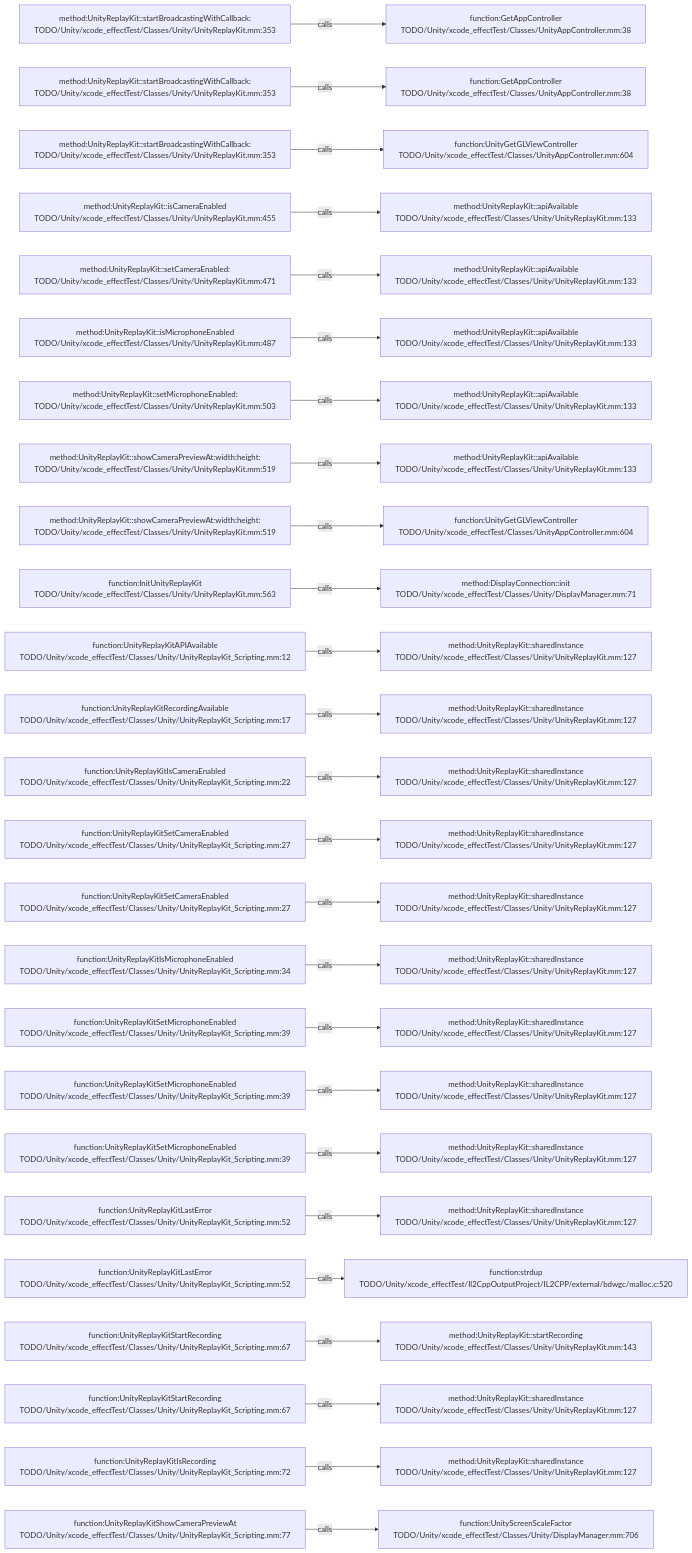
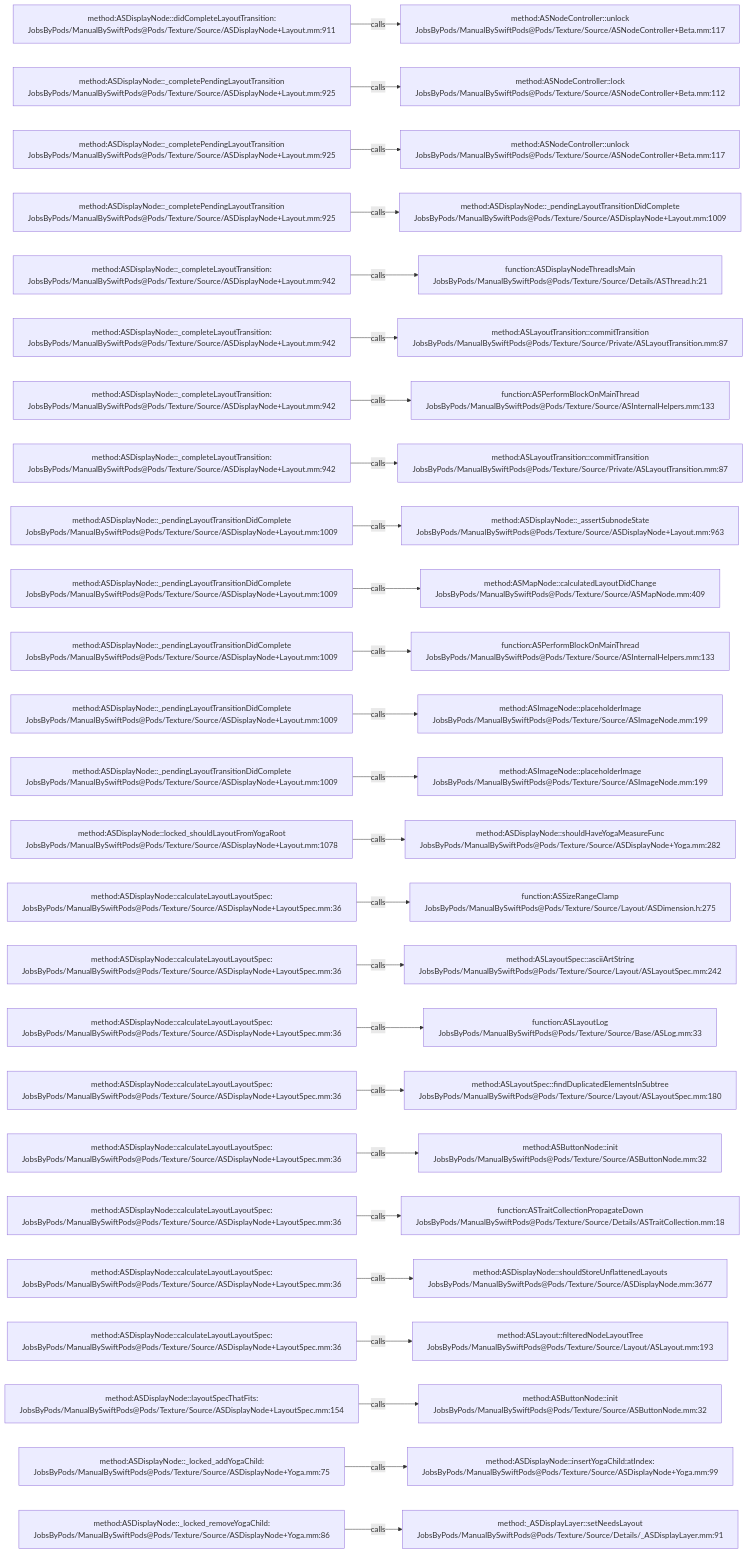
One commit to JobsKits/JobsSwiftBaseConfigDemo changed the diagram in .codegraph/codegraph.md/graphs/calls-043.md. Above: the diagram before and after it, drawn with Mermaid. The commit also changed 2959 other files, not shown here.

````diff
--- a/.codegraph/codegraph.md/graphs/calls-043.md
+++ b/.codegraph/codegraph.md/graphs/calls-043.md
@@ -13,78 +13,78 @@
 ```mermaid
 flowchart LR
-  S1["method:UnityReplayKit::startBroadcastingWithCallback:<br/>TODO/Unity/xcode_effectTest/Classes/Unity/UnityReplayKit.mm:353"]
-  T1["function:GetAppController<br/>TODO/Unity/xcode_effectTest/Classes/UnityAppController.mm:38"]
+  S1["method:ASDisplayNode::didCompleteLayoutTransition:<br/>JobsByPods/ManualBySwiftPods@Pods/Texture/Source/ASDisplayNode+Layout.mm:911"]
+  T1["method:ASNodeController::unlock<br/>JobsByPods/ManualBySwiftPods@Pods/Texture/Source/ASNodeController+Beta.mm:117"]
   S1 -->|calls| T1
-  S2["method:UnityReplayKit::startBroadcastingWithCallback:<br/>TODO/Unity/xcode_effectTest/Classes/Unity/UnityReplayKit.mm:353"]
-  T2["function:GetAppController<br/>TODO/Unity/xcode_effectTest/Classes/UnityAppController.mm:38"]
+  S2["method:ASDisplayNode::_completePendingLayoutTransition<br/>JobsByPods/ManualBySwiftPods@Pods/Texture/Source/ASDisplayNode+Layout.mm:925"]
+  T2["method:ASNodeController::lock<br/>JobsByPods/ManualBySwiftPods@Pods/Texture/Source/ASNodeController+Beta.mm:112"]
   S2 -->|calls| T2
-  S3["method:UnityReplayKit::startBroadcastingWithCallback:<br/>TODO/Unity/xcode_effectTest/Classes/Unity/UnityReplayKit.mm:353"]
-  T3["function:UnityGetGLViewController<br/>TODO/Unity/xcode_effectTest/Classes/UnityAppController.mm:604"]
+  S3["method:ASDisplayNode::_completePendingLayoutTransition<br/>JobsByPods/ManualBySwiftPods@Pods/Texture/Source/ASDisplayNode+Layout.mm:925"]
+  T3["method:ASNodeController::unlock<br/>JobsByPods/ManualBySwiftPods@Pods/Texture/Source/ASNodeController+Beta.mm:117"]
   S3 -->|calls| T3
-  S4["method:UnityReplayKit::isCameraEnabled<br/>TODO/Unity/xcode_effectTest/Classes/Unity/UnityReplayKit.mm:455"]
-  T4["method:UnityReplayKit::apiAvailable<br/>TODO/Unity/xcode_effectTest/Classes/Unity/UnityReplayKit.mm:133"]
+  S4["method:ASDisplayNode::_completePendingLayoutTransition<br/>JobsByPods/ManualBySwiftPods@Pods/Texture/Source/ASDisplayNode+Layout.mm:925"]
+  T4["method:ASDisplayNode::_pendingLayoutTransitionDidComplete<br/>JobsByPods/ManualBySwiftPods@Pods/Texture/Source/ASDisplayNode+Layout.mm:1009"]
   S4 -->|calls| T4
-  S5["method:UnityReplayKit::setCameraEnabled:<br/>TODO/Unity/xcode_effectTest/Classes/Unity/UnityReplayKit.mm:471"]
-  T5["method:UnityReplayKit::apiAvailable<br/>TODO/Unity/xcode_effectTest/Classes/Unity/UnityReplayKit.mm:133"]
+  S5["method:ASDisplayNode::_completeLayoutTransition:<br/>JobsByPods/ManualBySwiftPods@Pods/Texture/Source/ASDisplayNode+Layout.mm:942"]
+  T5["function:ASDisplayNodeThreadIsMain<br/>JobsByPods/ManualBySwiftPods@Pods/Texture/Source/Details/ASThread.h:21"]
   S5 -->|calls| T5
-  S6["method:UnityReplayKit::isMicrophoneEnabled<br/>TODO/Unity/xcode_effectTest/Classes/Unity/UnityReplayKit.mm:487"]
-  T6["method:UnityReplayKit::apiAvailable<br/>TODO/Unity/xcode_effectTest/Classes/Unity/UnityReplayKit.mm:133"]
+  S6["method:ASDisplayNode::_completeLayoutTransition:<br/>JobsByPods/ManualBySwiftPods@Pods/Texture/Source/ASDisplayNode+Layout.mm:942"]
+  T6["method:ASLayoutTransition::commitTransition<br/>JobsByPods/ManualBySwiftPods@Pods/Texture/Source/Private/ASLayoutTransition.mm:87"]
   S6 -->|calls| T6
-  S7["method:UnityReplayKit::setMicrophoneEnabled:<br/>TODO/Unity/xcode_effectTest/Classes/Unity/UnityReplayKit.mm:503"]
-  T7["method:UnityReplayKit::apiAvailable<br/>TODO/Unity/xcode_effectTest/Classes/Unity/UnityReplayKit.mm:133"]
+  S7["method:ASDisplayNode::_completeLayoutTransition:<br/>JobsByPods/ManualBySwiftPods@Pods/Texture/Source/ASDisplayNode+Layout.mm:942"]
+  T7["function:ASPerformBlockOnMainThread<br/>JobsByPods/ManualBySwiftPods@Pods/Texture/Source/ASInternalHelpers.mm:133"]
   S7 -->|calls| T7
-  S8["method:UnityReplayKit::showCameraPreviewAt:width:height:<br/>TODO/Unity/xcode_effectTest/Classes/Unity/UnityReplayKit.mm:519"]
-  T8["method:UnityReplayKit::apiAvailable<br/>TODO/Unity/xcode_effectTest/Classes/Unity/UnityReplayKit.mm:133"]
+  S8["method:ASDisplayNode::_completeLayoutTransition:<br/>JobsByPods/ManualBySwiftPods@Pods/Texture/Source/ASDisplayNode+Layout.mm:942"]
+  T8["method:ASLayoutTransition::commitTransition<br/>JobsByPods/ManualBySwiftPods@Pods/Texture/Source/Private/ASLayoutTransition.mm:87"]
   S8 -->|calls| T8
-  S9["method:UnityReplayKit::showCameraPreviewAt:width:height:<br/>TODO/Unity/xcode_effectTest/Classes/Unity/UnityReplayKit.mm:519"]
-  T9["function:UnityGetGLViewController<br/>TODO/Unity/xcode_effectTest/Classes/UnityAppController.mm:604"]
+  S9["method:ASDisplayNode::_pendingLayoutTransitionDidComplete<br/>JobsByPods/ManualBySwiftPods@Pods/Texture/Source/ASDisplayNode+Layout.mm:1009"]
+  T9["method:ASDisplayNode::_assertSubnodeState<br/>JobsByPods/ManualBySwiftPods@Pods/Texture/Source/ASDisplayNode+Layout.mm:963"]
   S9 -->|calls| T9
-  S10["function:InitUnityReplayKit<br/>TODO/Unity/xcode_effectTest/Classes/Unity/UnityReplayKit.mm:563"]
-  T10["method:DisplayConnection::init<br/>TODO/Unity/xcode_effectTest/Classes/Unity/DisplayManager.mm:71"]
+  S10["method:ASDisplayNode::_pendingLayoutTransitionDidComplete<br/>JobsByPods/ManualBySwiftPods@Pods/Texture/Source/ASDisplayNode+Layout.mm:1009"]
+  T10["method:ASMapNode::calculatedLayoutDidChange<br/>JobsByPods/ManualBySwiftPods@Pods/Texture/Source/ASMapNode.mm:409"]
   S10 -->|calls| T10
-  S11["function:UnityReplayKitAPIAvailable<br/>TODO/Unity/xcode_effectTest/Classes/Unity/UnityReplayKit_Scripting.mm:12"]
-  T11["method:UnityReplayKit::sharedInstance<br/>TODO/Unity/xcode_effectTest/Classes/Unity/UnityReplayKit.mm:127"]
+  S11["method:ASDisplayNode::_pendingLayoutTransitionDidComplete<br/>JobsByPods/ManualBySwiftPods@Pods/Texture/Source/ASDisplayNode+Layout.mm:1009"]
+  T11["function:ASPerformBlockOnMainThread<br/>JobsByPods/ManualBySwiftPods@Pods/Texture/Source/ASInternalHelpers.mm:133"]
   S11 -->|calls| T11
-  S12["function:UnityReplayKitRecordingAvailable<br/>TODO/Unity/xcode_effectTest/Classes/Unity/UnityReplayKit_Scripting.mm:17"]
-  T12["method:UnityReplayKit::sharedInstance<br/>TODO/Unity/xcode_effectTest/Classes/Unity/UnityReplayKit.mm:127"]
+  S12["method:ASDisplayNode::_pendingLayoutTransitionDidComplete<br/>JobsByPods/ManualBySwiftPods@Pods/Texture/Source/ASDisplayNode+Layout.mm:1009"]
+  T12["method:ASImageNode::placeholderImage<br/>JobsByPods/ManualBySwiftPods@Pods/Texture/Source/ASImageNode.mm:199"]
   S12 -->|calls| T12
-  S13["function:UnityReplayKitIsCameraEnabled<br/>TODO/Unity/xcode_effectTest/Classes/Unity/UnityReplayKit_Scripting.mm:22"]
-  T13["method:UnityReplayKit::sharedInstance<br/>TODO/Unity/xcode_effectTest/Classes/Unity/UnityReplayKit.mm:127"]
+  S13["method:ASDisplayNode::_pendingLayoutTransitionDidComplete<br/>JobsByPods/ManualBySwiftPods@Pods/Texture/Source/ASDisplayNode+Layout.mm:1009"]
+  T13["method:ASImageNode::placeholderImage<br/>JobsByPods/ManualBySwiftPods@Pods/Texture/Source/ASImageNode.mm:199"]
   S13 -->|calls| T13
-  S14["function:UnityReplayKitSetCameraEnabled<br/>TODO/Unity/xcode_effectTest/Classes/Unity/UnityReplayKit_Scripting.mm:27"]
-  T14["method:UnityReplayKit::sharedInstance<br/>TODO/Unity/xcode_effectTest/Classes/Unity/UnityReplayKit.mm:127"]
+  S14["method:ASDisplayNode::locked_shouldLayoutFromYogaRoot<br/>JobsByPods/ManualBySwiftPods@Pods/Texture/Source/ASDisplayNode+Layout.mm:1078"]
+  T14["method:ASDisplayNode::shouldHaveYogaMeasureFunc<br/>JobsByPods/ManualBySwiftPods@Pods/Texture/Source/ASDisplayNode+Yoga.mm:282"]
   S14 -->|calls| T14
-  S15["function:UnityReplayKitSetCameraEnabled<br/>TODO/Unity/xcode_effectTest/Classes/Unity/UnityReplayKit_Scripting.mm:27"]
-  T15["method:UnityReplayKit::sharedInstance<br/>TODO/Unity/xcode_effectTest/Classes/Unity/UnityReplayKit.mm:127"]
+  S15["method:ASDisplayNode::calculateLayoutLayoutSpec:<br/>JobsByPods/ManualBySwiftPods@Pods/Texture/Source/ASDisplayNode+LayoutSpec.mm:36"]
+  T15["function:ASSizeRangeClamp<br/>JobsByPods/ManualBySwiftPods@Pods/Texture/Source/Layout/ASDimension.h:275"]
   S15 -->|calls| T15
-  S16["function:UnityReplayKitIsMicrophoneEnabled<br/>TODO/Unity/xcode_effectTest/Classes/Unity/UnityReplayKit_Scripting.mm:34"]
-  T16["method:UnityReplayKit::sharedInstance<br/>TODO/Unity/xcode_effectTest/Classes/Unity/UnityReplayKit.mm:127"]
+  S16["method:ASDisplayNode::calculateLayoutLayoutSpec:<br/>JobsByPods/ManualBySwiftPods@Pods/Texture/Source/ASDisplayNode+LayoutSpec.mm:36"]
+  T16["method:ASLayoutSpec::asciiArtString<br/>JobsByPods/ManualBySwiftPods@Pods/Texture/Source/Layout/ASLayoutSpec.mm:242"]
   S16 -->|calls| T16
-  S17["function:UnityReplayKitSetMicrophoneEnabled<br/>TODO/Unity/xcode_effectTest/Classes/Unity/UnityReplayKit_Scripting.mm:39"]
-  T17["method:UnityReplayKit::sharedInstance<br/>TODO/Unity/xcode_effectTest/Classes/Unity/UnityReplayKit.mm:127"]
+  S17["method:ASDisplayNode::calculateLayoutLayoutSpec:<br/>JobsByPods/ManualBySwiftPods@Pods/Texture/Source/ASDisplayNode+LayoutSpec.mm:36"]
+  T17["function:ASLayoutLog<br/>JobsByPods/ManualBySwiftPods@Pods/Texture/Source/Base/ASLog.mm:33"]
   S17 -->|calls| T17
-  S18["function:UnityReplayKitSetMicrophoneEnabled<br/>TODO/Unity/xcode_effectTest/Classes/Unity/UnityReplayKit_Scripting.mm:39"]
-  T18["method:UnityReplayKit::sharedInstance<br/>TODO/Unity/xcode_effectTest/Classes/Unity/UnityReplayKit.mm:127"]
+  S18["method:ASDisplayNode::calculateLayoutLayoutSpec:<br/>JobsByPods/ManualBySwiftPods@Pods/Texture/Source/ASDisplayNode+LayoutSpec.mm:36"]
+  T18["method:ASLayoutSpec::findDuplicatedElementsInSubtree<br/>JobsByPods/ManualBySwiftPods@Pods/Texture/Source/Layout/ASLayoutSpec.mm:180"]
   S18 -->|calls| T18
-  S19["function:UnityReplayKitSetMicrophoneEnabled<br/>TODO/Unity/xcode_effectTest/Classes/Unity/UnityReplayKit_Scripting.mm:39"]
-  T19["method:UnityReplayKit::sharedInstance<br/>TODO/Unity/xcode_effectTest/Classes/Unity/UnityReplayKit.mm:127"]
+  S19["method:ASDisplayNode::calculateLayoutLayoutSpec:<br/>JobsByPods/ManualBySwiftPods@Pods/Texture/Source/ASDisplayNode+LayoutSpec.mm:36"]
+  T19["method:ASButtonNode::init<br/>JobsByPods/ManualBySwiftPods@Pods/Texture/Source/ASButtonNode.mm:32"]
   S19 -->|calls| T19
-  S20["function:UnityReplayKitLastError<br/>TODO/Unity/xcode_effectTest/Classes/Unity/UnityReplayKit_Scripting.mm:52"]
-  T20["method:UnityReplayKit::sharedInstance<br/>TODO/Unity/xcode_effectTest/Classes/Unity/UnityReplayKit.mm:127"]
+  S20["method:ASDisplayNode::calculateLayoutLayoutSpec:<br/>JobsByPods/ManualBySwiftPods@Pods/Texture/Source/ASDisplayNode+LayoutSpec.mm:36"]
+  T20["function:ASTraitCollectionPropagateDown<br/>JobsByPods/ManualBySwiftPods@Pods/Texture/Source/Details/ASTraitCollection.mm:18"]
   S20 -->|calls| T20
-  S21["function:UnityReplayKitLastError<br/>TODO/Unity/xcode_effectTest/Classes/Unity/UnityReplayKit_Scripting.mm:52"]
-  T21["function:strdup<br/>TODO/Unity/xcode_effectTest/Il2CppOutputProject/IL2CPP/external/bdwgc/malloc.c:520"]
+  S21["method:ASDisplayNode::calculateLayoutLayoutSpec:<br/>JobsByPods/ManualBySwiftPods@Pods/Texture/Source/ASDisplayNode+LayoutSpec.mm:36"]
+  T21["method:ASDisplayNode::shouldStoreUnflattenedLayouts<br/>JobsByPods/ManualBySwiftPods@Pods/Texture/Source/ASDisplayNode.mm:3677"]
   S21 -->|calls| T21
-  S22["function:UnityReplayKitStartRecording<br/>TODO/Unity/xcode_effectTest/Classes/Unity/UnityReplayKit_Scripting.mm:67"]
-  T22["method:UnityReplayKit::startRecording<br/>TODO/Unity/xcode_effectTest/Classes/Unity/UnityReplayKit.mm:143"]
+  S22["method:ASDisplayNode::calculateLayoutLayoutSpec:<br/>JobsByPods/ManualBySwiftPods@Pods/Texture/Source/ASDisplayNode+LayoutSpec.mm:36"]
+  T22["method:ASLayout::filteredNodeLayoutTree<br/>JobsByPods/ManualBySwiftPods@Pods/Texture/Source/Layout/ASLayout.mm:193"]
   S22 -->|calls| T22
-  S23["function:UnityReplayKitStartRecording<br/>TODO/Unity/xcode_effectTest/Classes/Unity/UnityReplayKit_Scripting.mm:67"]
-  T23["method:UnityReplayKit::sharedInstance<br/>TODO/Unity/xcode_effectTest/Classes/Unity/UnityReplayKit.mm:127"]
+  S23["method:ASDisplayNode::layoutSpecThatFits:<br/>JobsByPods/ManualBySwiftPods@Pods/Texture/Source/ASDisplayNode+LayoutSpec.mm:154"]
+  T23["method:ASButtonNode::init<br/>JobsByPods/ManualBySwiftPods@Pods/Texture/Source/ASButtonNode.mm:32"]
   S23 -->|calls| T23
-  S24["function:UnityReplayKitIsRecording<br/>TODO/Unity/xcode_effectTest/Classes/Unity/UnityReplayKit_Scripting.mm:72"]
-  T24["method:UnityReplayKit::sharedInstance<br/>TODO/Unity/xcode_effectTest/Classes/Unity/UnityReplayKit.mm:127"]
+  S24["method:ASDisplayNode::_locked_addYogaChild:<br/>JobsByPods/ManualBySwiftPods@Pods/Texture/Source/ASDisplayNode+Yoga.mm:75"]
+  T24["method:ASDisplayNode::insertYogaChild:atIndex:<br/>JobsByPods/ManualBySwiftPods@Pods/Texture/Source/ASDisplayNode+Yoga.mm:99"]
   S24 -->|calls| T24
-  S25["function:UnityReplayKitShowCameraPreviewAt<br/>TODO/Unity/xcode_effectTest/Classes/Unity/UnityReplayKit_Scripting.mm:77"]
-  T25["function:UnityScreenScaleFactor<br/>TODO/Unity/xcode_effectTest/Classes/Unity/DisplayManager.mm:706"]
+  S25["method:ASDisplayNode::_locked_removeYogaChild:<br/>JobsByPods/ManualBySwiftPods@Pods/Texture/Source/ASDisplayNode+Yoga.mm:86"]
+  T25["method:_ASDisplayLayer::setNeedsLayout<br/>JobsByPods/ManualBySwiftPods@Pods/Texture/Source/Details/_ASDisplayLayer.mm:91"]
   S25 -->|calls| T25
 ```
````
